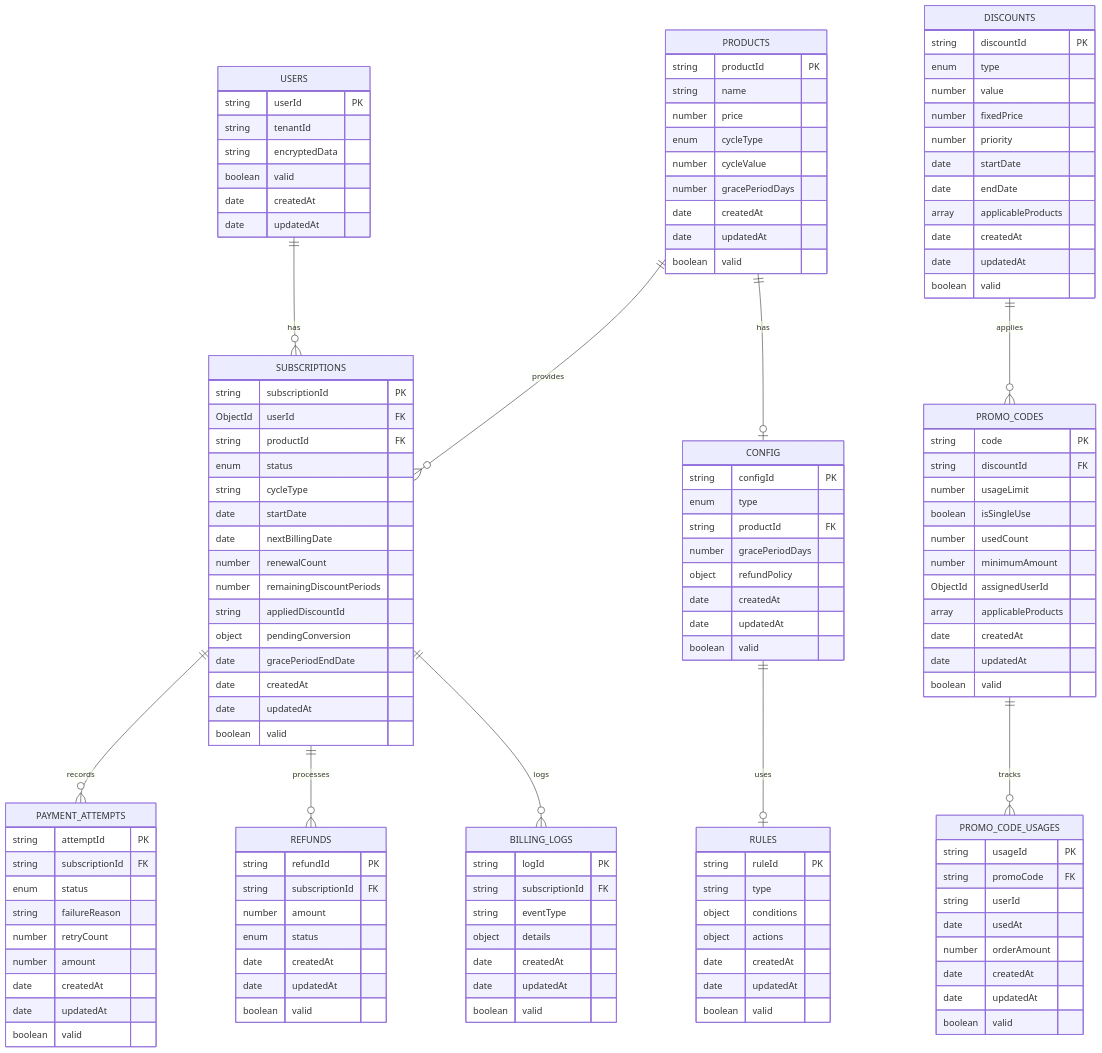
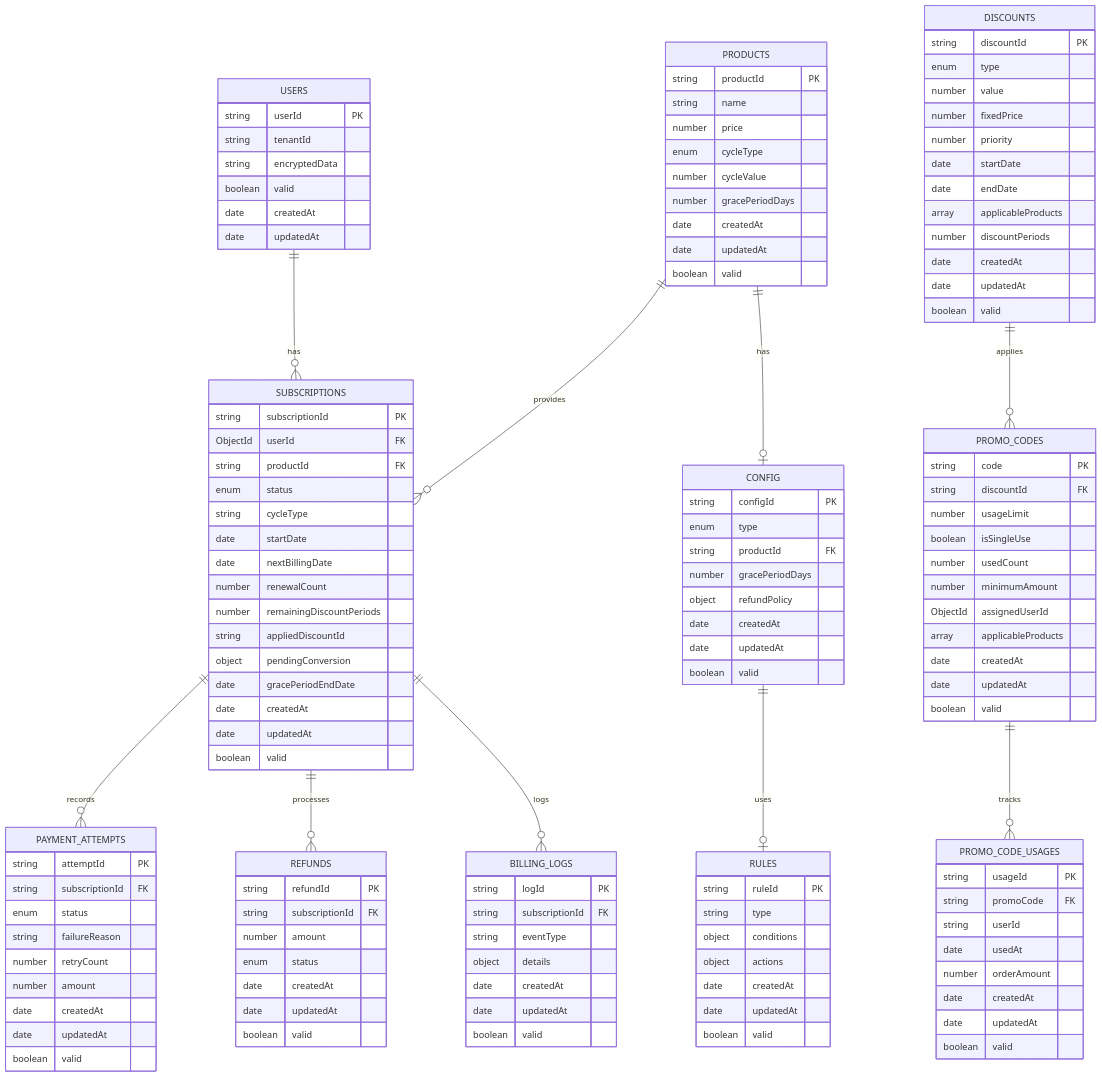
The second of 11 diagrams in docs/docs_0_7/billingBot_v0.7.1_system_design.markdown (xxxhand/auto-billing-bot), drawn with Mermaid before and after one commit. The commit also changed other lines of this file and 1 other file, not shown here.

Commit message:
Move discountPeriods from promoCodes to discounts collection and update API-019 task

```diff
--- a/docs/docs_0_7/billingBot_v0.7.1_system_design.markdown
+++ b/docs/docs_0_7/billingBot_v0.7.1_system_design.markdown
@@ -273,6 +274,7 @@
         date startDate
         date endDate
         array applicableProducts
+        number discountPeriods
         date createdAt
         date updatedAt
         boolean valid 
```
